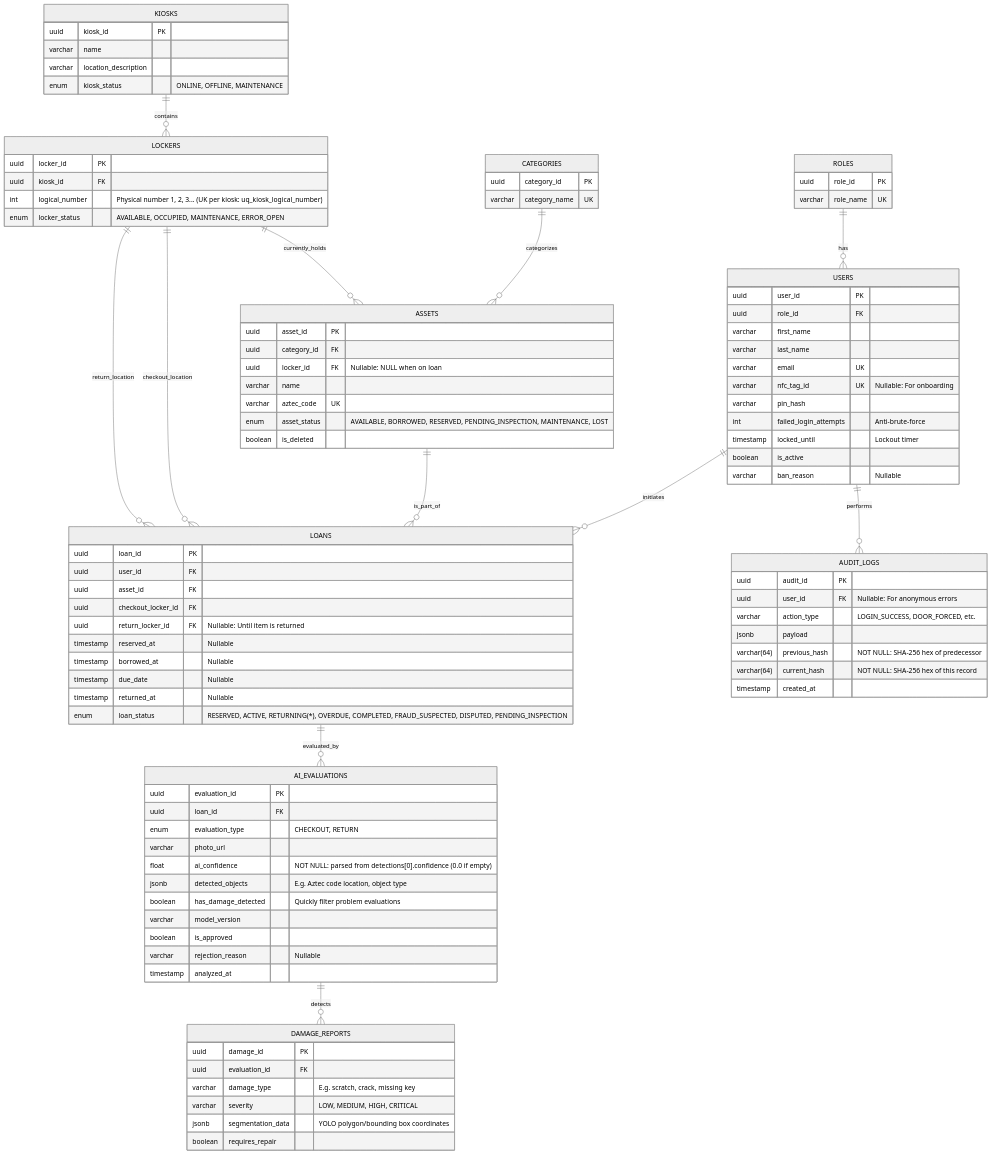
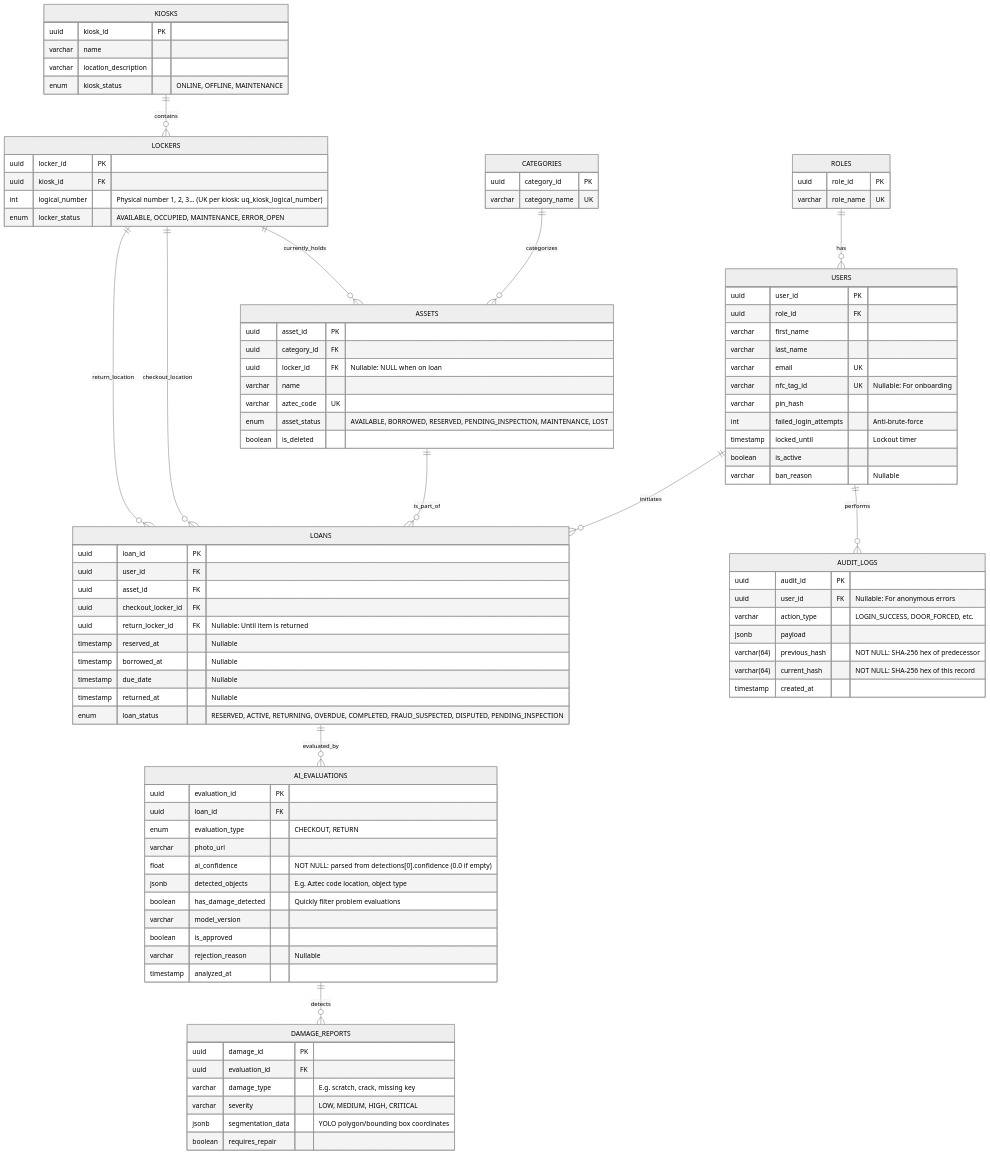
Before and after one commit to easylend-practice-enterprise/easylend: the diagram in docs/erd.mmd, drawn with Mermaid (neutral theme). The commit also changed 6 other files, not shown here.

Commit message:
chore: final pr polish (docs, schemas, ws logging, fallback audit)

```diff
--- a/docs/erd.mmd
+++ b/docs/erd.mmd
@@ -1,116 +1,116 @@
 erDiagram
     %% Lookup Tables
     ROLES ||--o{ USERS : has
     CATEGORIES ||--o{ ASSETS : categorizes
     
     %% Infrastructure
     KIOSKS ||--o{ LOCKERS : contains
     LOCKERS ||--o{ ASSETS : currently_holds
     
     %% Transactions
     USERS ||--o{ LOANS : initiates
     ASSETS ||--o{ LOANS : is_part_of
     LOCKERS ||--o{ LOANS : checkout_location
     LOCKERS ||--o{ LOANS : return_location
     
     %% Analyses, Security & AI
     LOANS ||--o{ AI_EVALUATIONS : evaluated_by
     AI_EVALUATIONS ||--o{ DAMAGE_REPORTS : detects
     USERS ||--o{ AUDIT_LOGS : performs
     
     ROLES {
         uuid role_id PK
         varchar role_name UK
     }
     
     CATEGORIES {
         uuid category_id PK
         varchar category_name UK
     }
     
     USERS {
         uuid user_id PK
         uuid role_id FK
         varchar first_name
         varchar last_name
         varchar email UK
         varchar nfc_tag_id UK "Nullable: For onboarding"
         varchar pin_hash
         int failed_login_attempts "Anti-brute-force"
         timestamp locked_until "Lockout timer"
         boolean is_active
         varchar ban_reason "Nullable"
     }
     
     KIOSKS {
         uuid kiosk_id PK
         varchar name
         varchar location_description
         enum kiosk_status "ONLINE, OFFLINE, MAINTENANCE"
     }
 
     LOCKERS {
         uuid locker_id PK
         uuid kiosk_id FK
         int logical_number "Physical number 1, 2, 3... (UK per kiosk: uq_kiosk_logical_number)"
         enum locker_status "AVAILABLE, OCCUPIED, MAINTENANCE, ERROR_OPEN"
     }
     
     ASSETS {
         uuid asset_id PK
         uuid category_id FK
         uuid locker_id FK "Nullable: NULL when on loan"
         varchar name
         varchar aztec_code UK
         enum asset_status "AVAILABLE, BORROWED, RESERVED, PENDING_INSPECTION, MAINTENANCE, LOST"
         boolean is_deleted
     }
     
     LOANS {
         uuid loan_id PK
         uuid user_id FK
         uuid asset_id FK
         uuid checkout_locker_id FK
         uuid return_locker_id FK "Nullable: Until item is returned"
         timestamp reserved_at "Nullable"
         timestamp borrowed_at "Nullable"
         timestamp due_date "Nullable"
         timestamp returned_at "Nullable"
-        enum loan_status "RESERVED, ACTIVE, RETURNING(*), OVERDUE, COMPLETED, FRAUD_SUSPECTED, DISPUTED, PENDING_INSPECTION"
+        enum loan_status "RESERVED, ACTIVE, RETURNING, OVERDUE, COMPLETED, FRAUD_SUSPECTED, DISPUTED, PENDING_INSPECTION"
     }
     %% (*) RETURNING is a pre-vision mutex set by POST /loans/return/initiate.
     %%     It prevents duplicate return initiations and is enforced by POST /vision/analyze
     %%     (409 if loan_status != RETURNING for a RETURN evaluation).
     
     AI_EVALUATIONS {
         uuid evaluation_id PK
         uuid loan_id FK
         enum evaluation_type "CHECKOUT, RETURN"
         varchar photo_url
         float ai_confidence "NOT NULL: parsed from detections[0].confidence (0.0 if empty)"
         jsonb detected_objects "E.g. Aztec code location, object type"
         boolean has_damage_detected "Quickly filter problem evaluations"
         varchar model_version
         boolean is_approved
         varchar rejection_reason "Nullable"
         timestamp analyzed_at
     }
 
     DAMAGE_REPORTS {
         uuid damage_id PK
         uuid evaluation_id FK
         varchar damage_type "E.g. scratch, crack, missing key"
         varchar severity "LOW, MEDIUM, HIGH, CRITICAL"
         jsonb segmentation_data "YOLO polygon/bounding box coordinates"
         boolean requires_repair
     }
     
     AUDIT_LOGS {
         uuid audit_id PK
         uuid user_id FK "Nullable: For anonymous errors"
         varchar action_type "LOGIN_SUCCESS, DOOR_FORCED, etc."
         jsonb payload
         varchar(64) previous_hash "NOT NULL: SHA-256 hex of predecessor"
         varchar(64) current_hash "NOT NULL: SHA-256 hex of this record"
         timestamp created_at
     }
```
